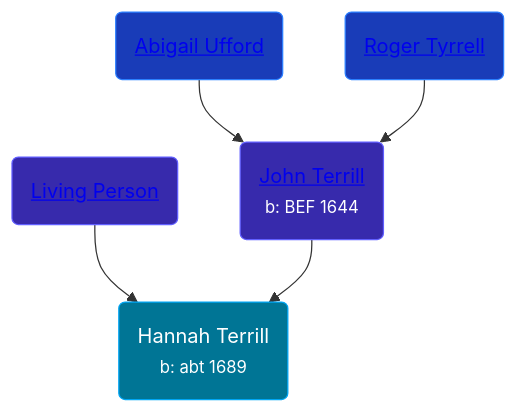
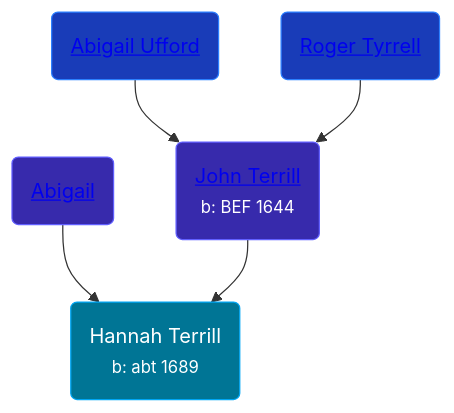
One commit to wpmgotkh/wpmgotkh.github.io changed the diagram in pages/people/7/73926783.md. Above: the diagram before and after it, drawn with Mermaid. The commit also changed other lines of this file and 586 other files, not shown here.

Commit message:
feat: better shouldConsiderPersonLiving algo

````diff
--- a/pages/people/7/73926783.md
+++ b/pages/people/7/73926783.md
@@ -10,11 +10,11 @@
 ```mermaid
 graph
 classDef grands fill:#193cb8,stroke:#2b7fff,stroke-width:1px,color:#fff;
 classDef parents fill:#372aac,stroke:#615fff,stroke-width:1px,color:#fff;
 classDef primary fill:#007595,stroke:#00a6f4,stroke-width:1px,color:#fff;
 73926783(Hannah Terrill<br /><small>b: abt 1689</small>):::primary
-48582652(<a class="text-white" href="/people/4/48582652">Living Person</a>):::parents-->73926783
+48582652(<a class="text-white" href="/people/4/48582652">Abigail </a>):::parents-->73926783
 65221157(<a class="text-white" href="/people/6/65221157">John Terrill</a><br /><small>b: BEF 1644</small>):::parents-->73926783
 99473444(<a class="text-white" href="/people/9/99473444">Abigail Ufford</a>):::grands-->65221157
 2108514(<a class="text-white" href="/people/2/2108514">Roger Tyrrell</a>):::grands-->65221157
 ```
````
